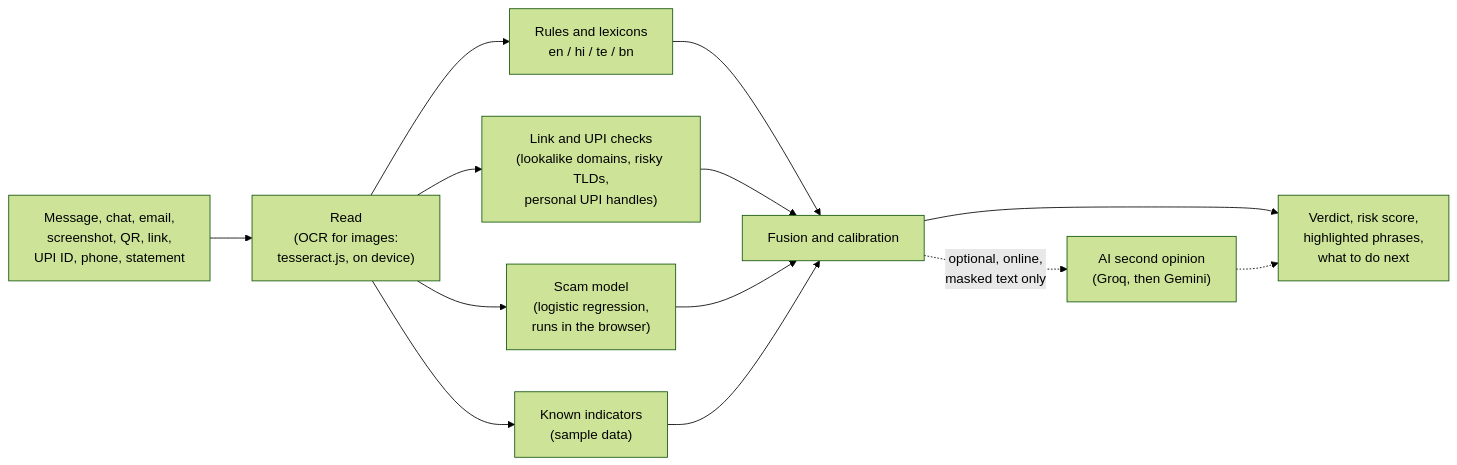
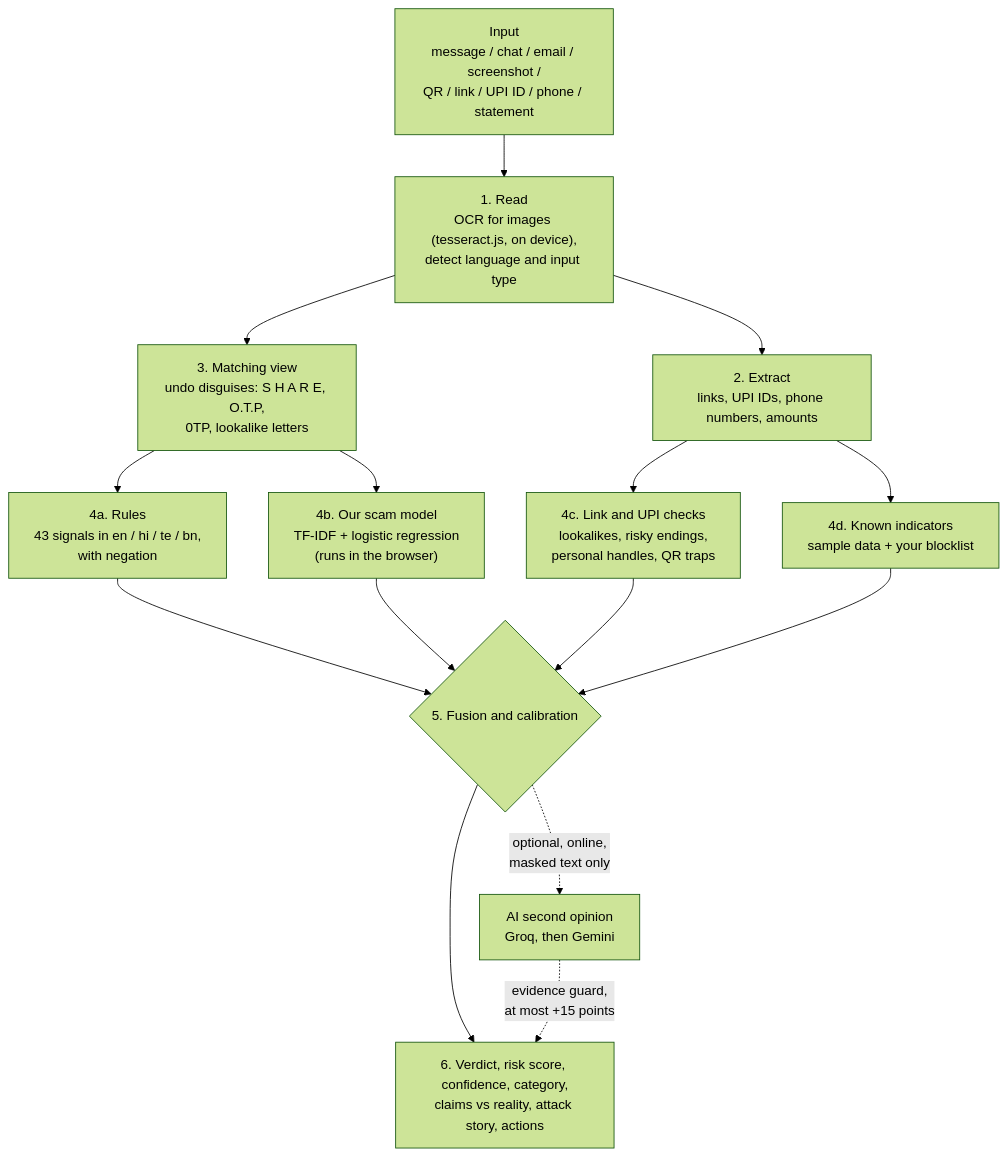
The first of 2 diagrams in README.md (Vidur-2007/AkshiRakshak), drawn with Mermaid (forest theme) before and after one commit. The commit also changed other lines of this file and 15 other files, not shown here.

````diff
--- a/README.md
+++ b/README.md
@@ -18,15 +184,17 @@
 ```mermaid
-flowchart LR
-  IN["Message, chat, email,<br/>screenshot, QR, link,<br/>UPI ID, phone, statement"] --> READ["Read<br/>(OCR for images:<br/>tesseract.js, on device)"]
-  READ --> RULES["Rules and lexicons<br/>en / hi / te / bn"]
-  READ --> LINKS["Link and UPI checks<br/>(lookalike domains, risky TLDs,<br/>personal UPI handles)"]
-  READ --> MODEL["Scam model<br/>(logistic regression,<br/>runs in the browser)"]
-  READ --> IND["Known indicators<br/>(sample data)"]
-  RULES --> FUSE["Fusion and calibration"]
-  LINKS --> FUSE
-  MODEL --> FUSE
-  IND --> FUSE
-  FUSE --> OUT["Verdict, risk score,<br/>highlighted phrases,<br/>what to do next"]
-  FUSE -. "optional, online,<br/>masked text only" .-> AI["AI second opinion<br/>(Groq, then Gemini)"]
-  AI -.-> OUT
+flowchart TD
+    A["Input<br/>message / chat / email / screenshot /<br/>QR / link / UPI ID / phone / statement"] --> B["1. Read<br/>OCR for images (tesseract.js, on device),<br/>detect language and input type"]
+    B --> C["2. Extract<br/>links, UPI IDs, phone numbers, amounts"]
+    B --> V["3. Matching view<br/>undo disguises: S H A R E, O.T.P,<br/>0TP, lookalike letters"]
+    V --> R["4a. Rules<br/>43 signals in en / hi / te / bn,<br/>with negation"]
+    V --> M["4b. Our scam model<br/>TF-IDF + logistic regression<br/>(runs in the browser)"]
+    C --> L["4c. Link and UPI checks<br/>lookalikes, risky endings,<br/>personal handles, QR traps"]
+    C --> K["4d. Known indicators<br/>sample data + your blocklist"]
+    R --> F{"5. Fusion and calibration"}
+    M --> F
+    L --> F
+    K --> F
+    F --> O["6. Verdict, risk score, confidence, category,<br/>claims vs reality, attack story, actions"]
+    F -. "optional, online,<br/>masked text only" .-> AI["AI second opinion<br/>Groq, then Gemini"]
+    AI -. "evidence guard,<br/>at most +15 points" .-> O
 ```
````
